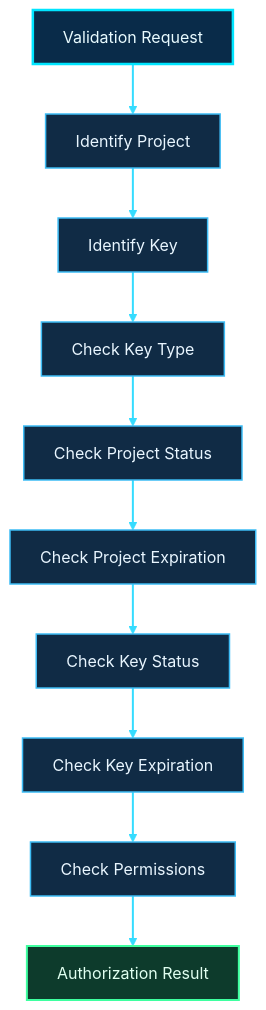
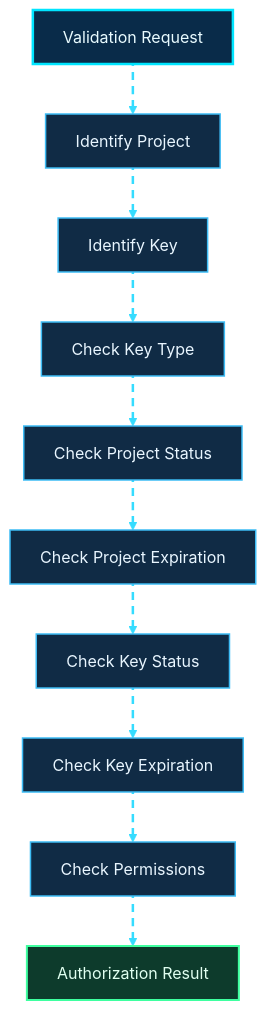
Before and after one commit to shajeduzzamanenan992008inc/NexOra-Database-key-Gen: diagram 11 of 23 in README.md, drawn with Mermaid. The commit also changed other lines of this file, not shown here.

````diff
--- a/README.md
+++ b/README.md
@@ -987,28 +1013,31 @@
 ```mermaid
+%%{init: {"theme":"base","themeVariables":{"darkMode":true,"background":"#07111f","primaryColor":"#102744","primaryTextColor":"#e8f7ff","primaryBorderColor":"#00d9ff","lineColor":"#7297c8","secondaryColor":"#261d45","secondaryTextColor":"#f3eaff","secondaryBorderColor":"#a78bfa","tertiaryColor":"#12332b","tertiaryTextColor":"#e0fff1","tertiaryBorderColor":"#41e6a2","fontFamily":"Inter, Segoe UI, sans-serif","edgeLabelBackground":"#101d34","mainBkg":"#102744","nodeBorder":"#00d9ff","clusterBkg":"#0b1930","clusterBorder":"#6f7dff","actorBkg":"#102744","actorBorder":"#00d9ff","actorTextColor":"#e8f7ff","signalColor":"#64d8ff","signalTextColor":"#e8f7ff","noteBkgColor":"#0e332b","noteBorderColor":"#41e6a2","noteTextColor":"#e0fff1"}}}%%
 flowchart TD
-    A["Validation Request"] --> B["Identify Project"]
-    B --> C["Identify Key"]
-    C --> D["Check Key Type"]
-    D --> E["Check Project Status"]
-    E --> F["Check Project Expiration"]
-    F --> G["Check Key Status"]
-    G --> H["Check Key Expiration"]
-    H --> I["Check Permissions"]
-    I --> J["Authorization Result"]
+    A["Validation Request"] nx09e01@--> B["Identify Project"]
+    B nx09e02@--> C["Identify Key"]
+    C nx09e03@--> D["Check Key Type"]
+    D nx09e04@--> E["Check Project Status"]
+    E nx09e05@--> F["Check Project Expiration"]
+    F nx09e06@--> G["Check Key Status"]
+    G nx09e07@--> H["Check Key Expiration"]
+    H nx09e08@--> I["Check Permissions"]
+    I nx09e09@--> J["Authorization Result"]
 
     %% OMEGA NEX-ORA visual classes
     %% OMEGA NEX-ORA / ULTRA NEON PALETTE
     classDef nxCore fill:#092b49,stroke:#00e5ff,stroke-width:2.5px,color:#e9fbff;
     classDef nxProcess fill:#102b45,stroke:#3dbcf5,stroke-width:1.5px,color:#e9f6ff;
     classDef nxDecision fill:#2b2050,stroke:#b38cff,stroke-width:2px,color:#f3edff;
     classDef nxSuccess fill:#0d3b2c,stroke:#3fffa0,stroke-width:2px,color:#e0fff0;
     classDef nxDanger fill:#451d30,stroke:#ff6688,stroke-width:2px,color:#fff0f3;
     classDef nxData fill:#12352d,stroke:#63e6be,stroke-width:2px,color:#e1fff5;
     classDef nxExternal fill:#2b2149,stroke:#c4a5ff,stroke-width:2px,color:#f3ecff;
     classDef nxInfo fill:#17253e,stroke:#91a7c9,stroke-width:1.5px,color:#e5efff;
     classDef nxWarning fill:#453116,stroke:#fbbf24,stroke-width:2px,color:#fff6d6;
+    %% Moving dashed route: Mermaid applies this class to explicitly identified edges.
+    classDef nxAnimated stroke:#35dcff,stroke-width:2.5px,stroke-dasharray:8\,6,stroke-dashoffset:1000,animation:dash 24s linear infinite;
     class A nxCore;
     class B,C,D,E,F,G,H,I nxProcess;
     class J nxSuccess;
-    linkStyle default stroke:#35dcff,stroke-width:2px;
+    class nx09e01,nx09e02,nx09e03,nx09e04,nx09e05,nx09e06,nx09e07,nx09e08,nx09e09 nxAnimated;
 ```
````
